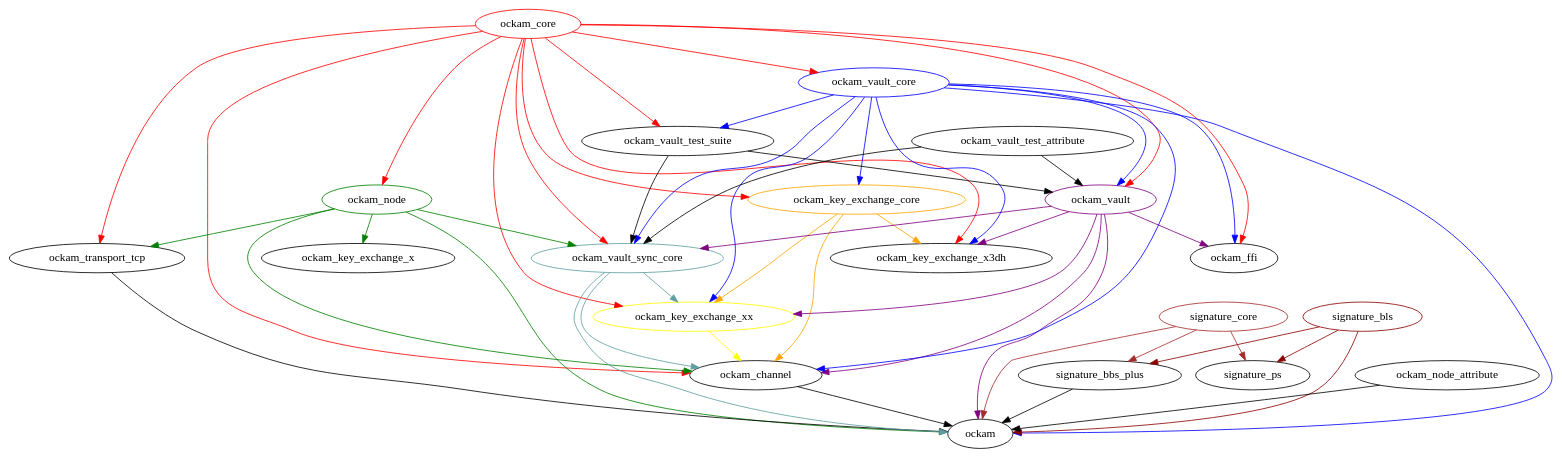
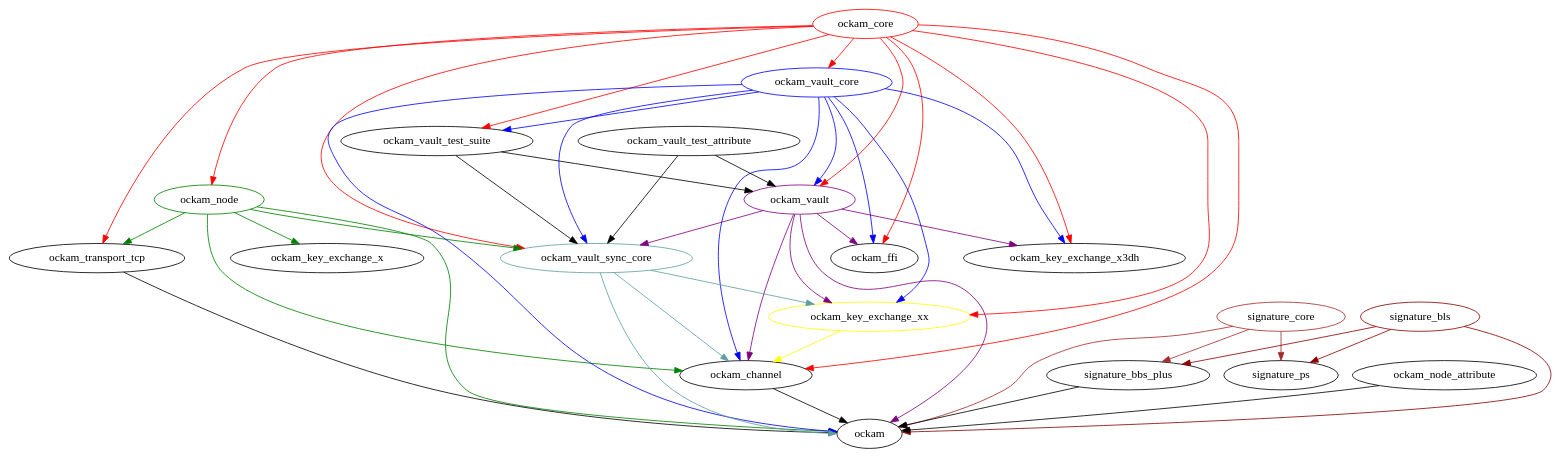
Before and after one commit to build-trust/ockam: the diagram in documentation/architecture/diagrams/ockam-crate-use.dot, drawn with Graphviz. The commit also changed 14 other files, not shown here.

```diff
--- a/documentation/architecture/diagrams/ockam-crate-use.dot
+++ b/documentation/architecture/diagrams/ockam-crate-use.dot
@@ -1,82 +1,75 @@
 digraph {
 ockam_core [color=red];
 ockam_core -> ockam_ffi [color=red];
-ockam_core -> ockam_key_exchange_core [color=red];
 ockam_core -> ockam_key_exchange_x3dh [color=red];
 ockam_core -> ockam_key_exchange_xx [color=red];
 ockam_core -> ockam_channel [color=red];
 ockam_core -> ockam_node [color=red];
 ockam_core -> ockam_vault [color=red];
 ockam_core -> ockam_transport_tcp [color=red];
 ockam_core -> ockam_vault_core [color=red];
 ockam_core -> ockam_vault_sync_core [color=red];
 ockam_core -> ockam_vault_test_suite [color=red];
-
-ockam_key_exchange_core [color=orange];
-ockam_key_exchange_core  -> ockam_key_exchange_xx [color=orange];
-ockam_key_exchange_core  -> ockam_key_exchange_x3dh [color=orange];
-ockam_key_exchange_core -> ockam_channel [color=orange];
 
 ockam_key_exchange_xx [color=yellow];
 ockam_key_exchange_xx -> ockam_channel [color=yellow];
 
 ockam_node [color=green];
 ockam_node -> ockam [color=green];
 ockam_node -> ockam_key_exchange_x [color=green];
 ockam_node -> ockam_channel [color=green];
 ockam_node -> ockam_transport_tcp [color=green];
 ockam_node -> ockam_vault_sync_core [color=green];
 
 ockam_vault_core [color=blue];
 ockam_vault_core -> ockam [color=blue];
 ockam_vault_core -> ockam_ffi [color=blue];
-ockam_vault_core -> ockam_key_exchange_core [color=blue];
 ockam_vault_core  -> ockam_key_exchange_x3dh [color=blue];
 ockam_vault_core -> ockam_channel [color=blue];
 ockam_vault_core  -> ockam_key_exchange_xx [color=blue];
 ockam_vault_core -> ockam_vault [color=blue];
 ockam_vault_core -> ockam_vault_sync_core [color=blue];
 ockam_vault_core -> ockam_vault_test_suite [color=blue];
 
 
 ockam_vault_sync_core [color=cadetblue];
 ockam_vault_sync_core -> ockam [color=cadetblue];
 ockam_vault_sync_core -> ockam_key_exchange_xx [color=cadetblue];
 ockam_vault_sync_core -> ockam_channel [color=cadetblue];
 
 ockam_vault [color=purple];
 ockam_vault -> ockam [color=purple];
 ockam_vault -> ockam_ffi [color=purple];
 ockam_vault -> ockam_key_exchange_x3dh [color=purple];
 ockam_vault -> ockam_key_exchange_xx [color=purple];
 ockam_vault -> ockam_channel [color=purple];
 ockam_vault -> ockam_vault_sync_core [color=purple];
 
 signature_core [color=brown];
 signature_core -> ockam [color=brown];
 signature_core -> signature_bbs_plus [color=brown];
 signature_core -> signature_ps [color=brown];
 
 signature_bls [color=darkred];
 signature_bls -> signature_bbs_plus [color=darkred];
 signature_bls -> signature_ps [color=darkred];
 signature_bls -> ockam [color=darkred];
 
 ockam_vault_test_suite -> ockam_vault;
 ockam_vault_test_suite -> ockam_vault_sync_core;
 
 ockam_vault_test_attribute -> ockam_vault;
 ockam_vault_test_attribute -> ockam_vault_sync_core;
 
 
 
 ockam_node_attribute -> ockam;
 
 ockam_transport_tcp -> ockam;
 
 ockam_channel -> ockam;
 
 signature_bbs_plus -> ockam;
 
 
 }
```
